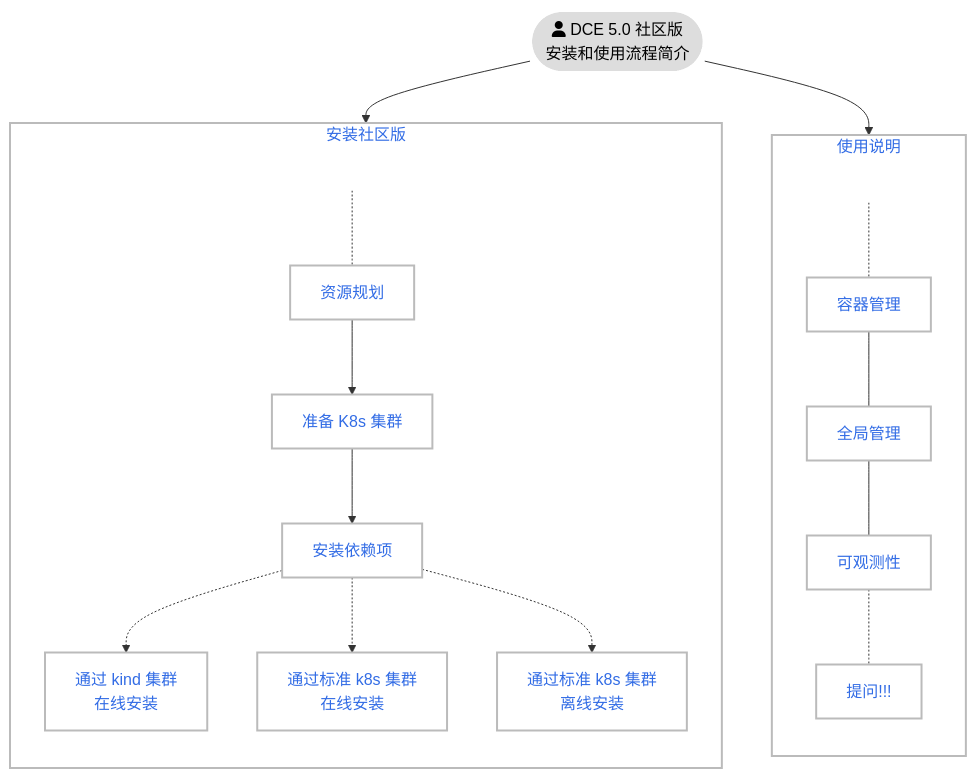
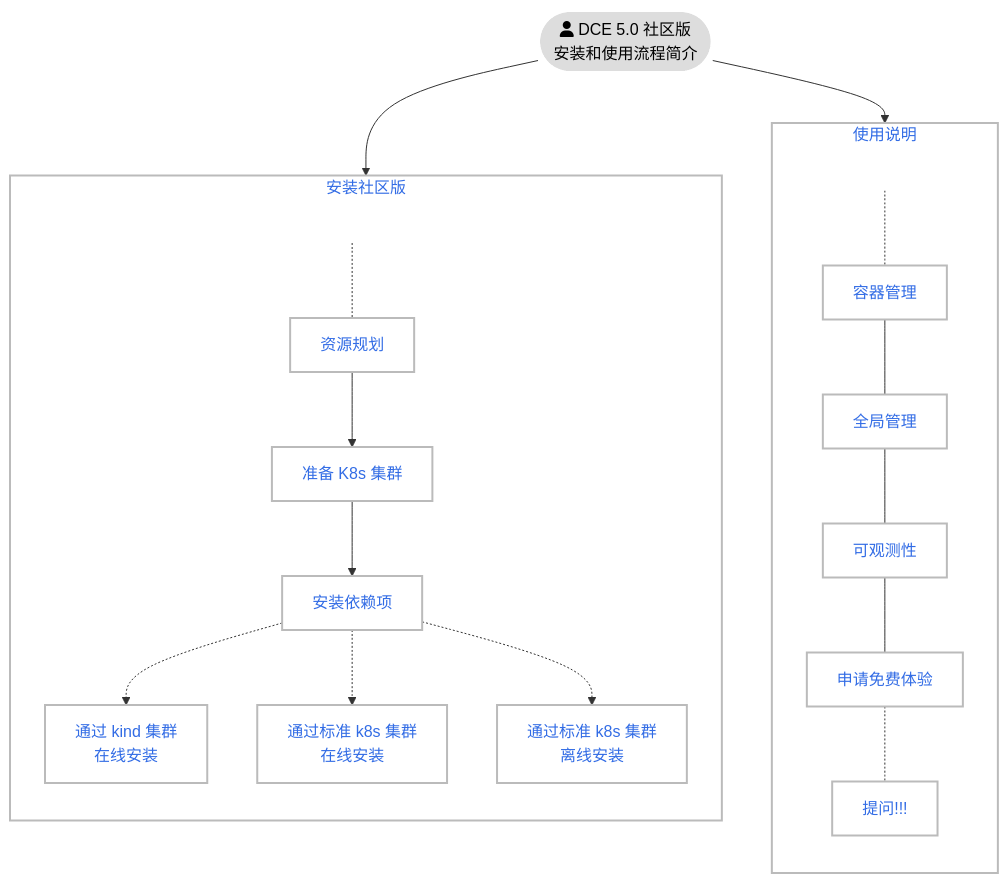
Before and after one commit to DaoCloud/DaoCloud-docs: the first of 2 diagrams in docs/zh/docs/install/intro.md, drawn with Mermaid. The commit also changed other lines of this file and 1 other file, not shown here.

````diff
--- a/docs/zh/docs/install/intro.md
+++ b/docs/zh/docs/install/intro.md
@@ -17,47 +17,49 @@
 ```mermaid
 flowchart TB
 
 subgraph second[使用说明]
     direction TB
     U[ ] -.-
     kpanda[容器管理] --- ghippo[全局管理]
     ghippo --- insight[可观测性]
-    insight -.- ask[提问!!!]
+    insight --- free[申请免费体验]
+    free -.- ask[提问!!!]
 end
 
 subgraph first[安装社区版]
     direction TB
     S[ ] -.-
     plan[资源规划] --> k8s[准备 K8s 集群] 
     k8s --> tools[安装依赖项]
     tools -.-> kind[通过 kind 集群<br>在线安装]
     tools -.-> s1[通过标准 k8s 集群<br>在线安装]
     tools -.-> s2[通过标准 k8s 集群<br>离线安装]
 end
 
 start([fa:fa-user DCE 5.0 社区版<br>安装和使用流程简介]) --> first
 start --> second
 
 classDef grey fill:#dddddd,stroke:#ffffff,stroke-width:px,color:#000000, font-size:15px;
 classDef white fill:#ffffff,stroke:#000,stroke-width:px,color:#000,font-weight:bold
 classDef spacewhite fill:#ffffff,stroke:#fff,stroke-width:0px,color:#000
 classDef plain fill:#ddd,stroke:#fff,stroke-width:4px,color:#000;
 classDef k8s fill:#326ce5,stroke:#fff,stroke-width:4px,color:#fff;
 classDef cluster fill:#fff,stroke:#bbb,stroke-width:2px,color:#326ce5;
 
-class plan,k8s,tools,kind,s1,s2,kpanda,ghippo,insight,ask cluster;
+class plan,k8s,tools,kind,s1,s2,kpanda,ghippo,insight,free,ask cluster;
 class start plain
 class S,U spacewhite
 
 click plan "https://docs.daocloud.io/install/community/resources/"
 click k8s "https://docs.daocloud.io/install/community/kind/online/#kind"
 click tools "https://docs.daocloud.io/install/install-tools/"
 click kind "https://docs.daocloud.io/install/community/kind/online/"
 click s1 "https://docs.daocloud.io/install/community/k8s/online/"
 click s2 "https://docs.daocloud.io/install/community/k8s/offline/"
 
 click kpanda "https://docs.daocloud.io/kpanda/03ProductBrief/WhatisKPanda/"
 click ghippo "https://docs.daocloud.io/ghippo/01ProductBrief/WhatisGhippo/"
 click insight "https://docs.daocloud.io/insight/03ProductBrief/WhatisInsight/"
+click free "https://docs.daocloud.io/dce/license0/"
 click ask "https://docs.daocloud.io/download/dce5/#_3"
 ```
````
